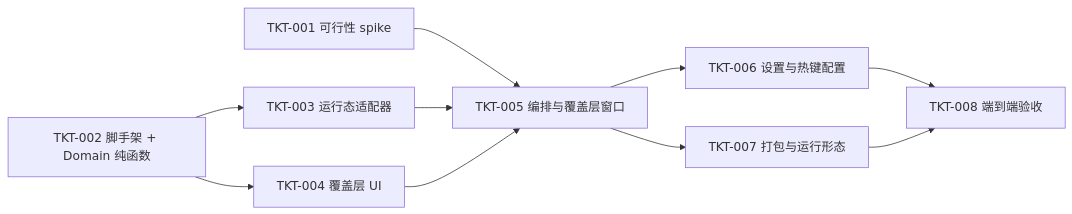
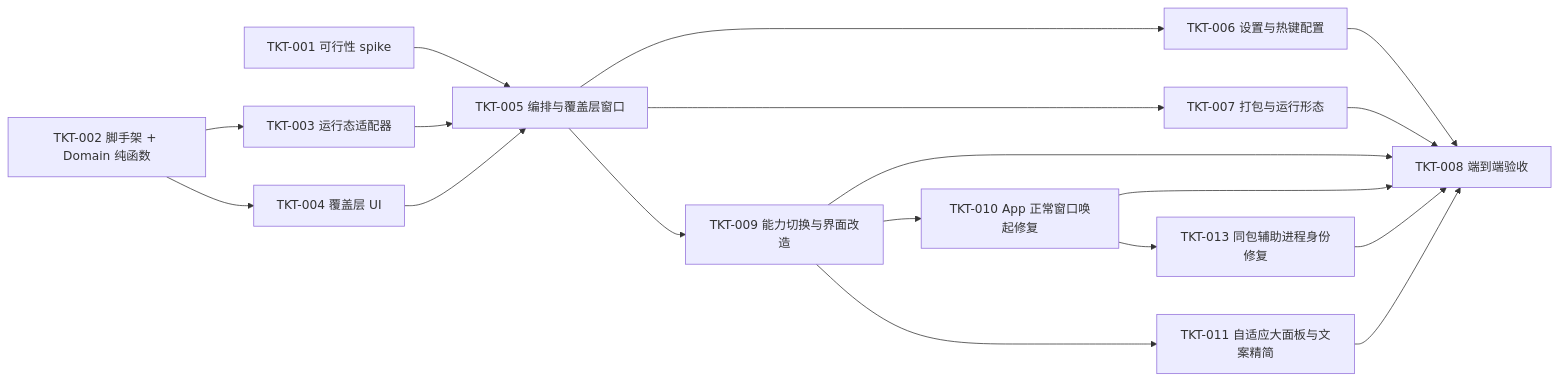
Before and after one commit to dynamic39300/app-switcher: the diagram in docs/features/FEAT-001-app-switcher/tasks.md, drawn with Mermaid. The commit also changed other lines of this file and 127 other files, not shown here.

````diff
--- a/docs/features/FEAT-001-app-switcher/tasks.md
+++ b/docs/features/FEAT-001-app-switcher/tasks.md
@@ -14,12 +22,20 @@
 ```mermaid
 flowchart LR
   S1[TKT-001 可行性 spike] --> T5[TKT-005 编排与覆盖层窗口]
   S2[TKT-002 脚手架 + Domain 纯函数] --> T3[TKT-003 运行态适配器]
   S2 --> T4[TKT-004 覆盖层 UI]
   T3 --> T5
   T4 --> T5
   T5 --> T6[TKT-006 设置与热键配置]
   T5 --> T7[TKT-007 打包与运行形态]
   T6 --> T8[TKT-008 端到端验收]
   T7 --> T8
+  T5 --> T9[TKT-009 能力切换与界面改造]
+  T9 --> T8
+  T9 --> T10[TKT-010 App 正常窗口唤起修复]
+  T10 --> T8
+  T10 --> T13[TKT-013 同包辅助进程身份修复]
+  T13 --> T8
+  T9 --> T11[TKT-011 自适应大面板与文案精简]
+  T11 --> T8
 ```
````
